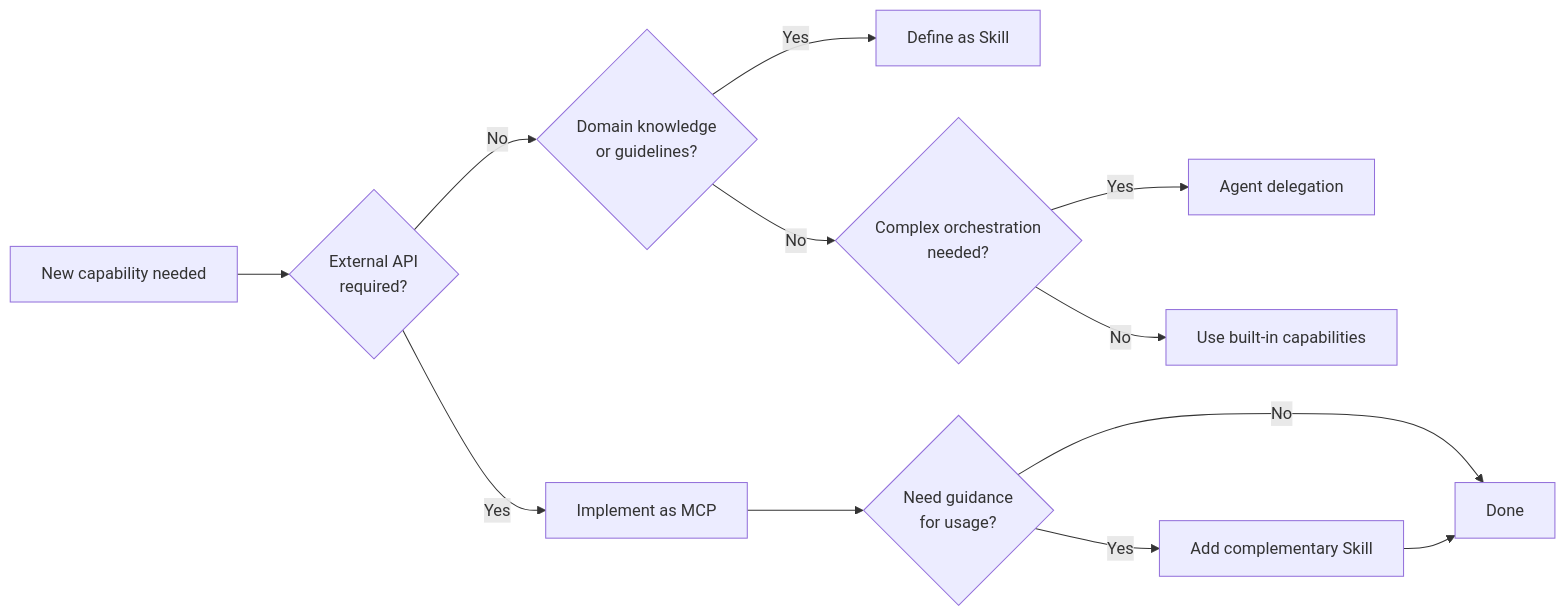
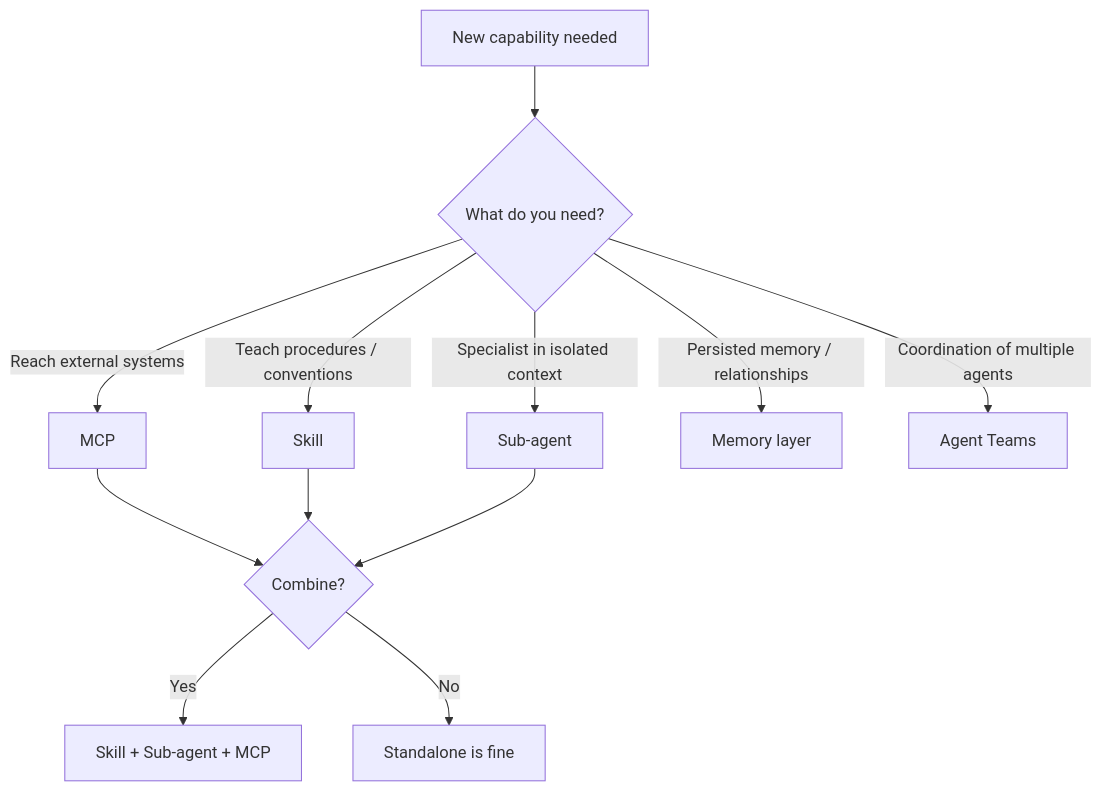
Before and after one commit to shuji-bonji/ai-agent-architecture: the diagram in README.md, drawn with Mermaid. The commit also changed other lines of this file and 2 other files, not shown here.

````diff
--- a/README.md
+++ b/README.md
@@ -58,15 +77,15 @@
 ```mermaid
-flowchart LR
-    START[New capability needed] --> Q1{External API<br/>required?}
-    Q1 -->|Yes| MCP[Implement as MCP]
-    Q1 -->|No| Q2{Domain knowledge<br/>or guidelines?}
-    Q2 -->|Yes| SKILL[Define as Skill]
-    Q2 -->|No| Q3{Complex orchestration<br/>needed?}
-    Q3 -->|Yes| AGENT[Agent delegation]
-    Q3 -->|No| BUILTIN[Use built-in capabilities]
+flowchart TD
+    START[New capability needed] --> Q1{What do you need?}
+    Q1 -->|Reach external systems| MCP[MCP]
+    Q1 -->|Teach procedures / conventions| SKILL[Skill]
+    Q1 -->|Specialist in isolated context| SUB[Sub-agent]
+    Q1 -->|Persisted memory / relationships| MEM[Memory layer]
+    Q1 -->|Coordination of multiple agents| TEAM[Agent Teams]
 
-    MCP --> COMBINE{Need guidance<br/>for usage?}
-    COMBINE -->|Yes| SKILL_PLUS[Add complementary Skill]
-    COMBINE -->|No| DONE[Done]
-    SKILL_PLUS --> DONE
+    MCP --> COMBINE{Combine?}
+    SKILL --> COMBINE
+    SUB --> COMBINE
+    COMBINE -->|Yes| MIX[Skill + Sub-agent + MCP]
+    COMBINE -->|No| SOLO[Standalone is fine]
 ```
````
